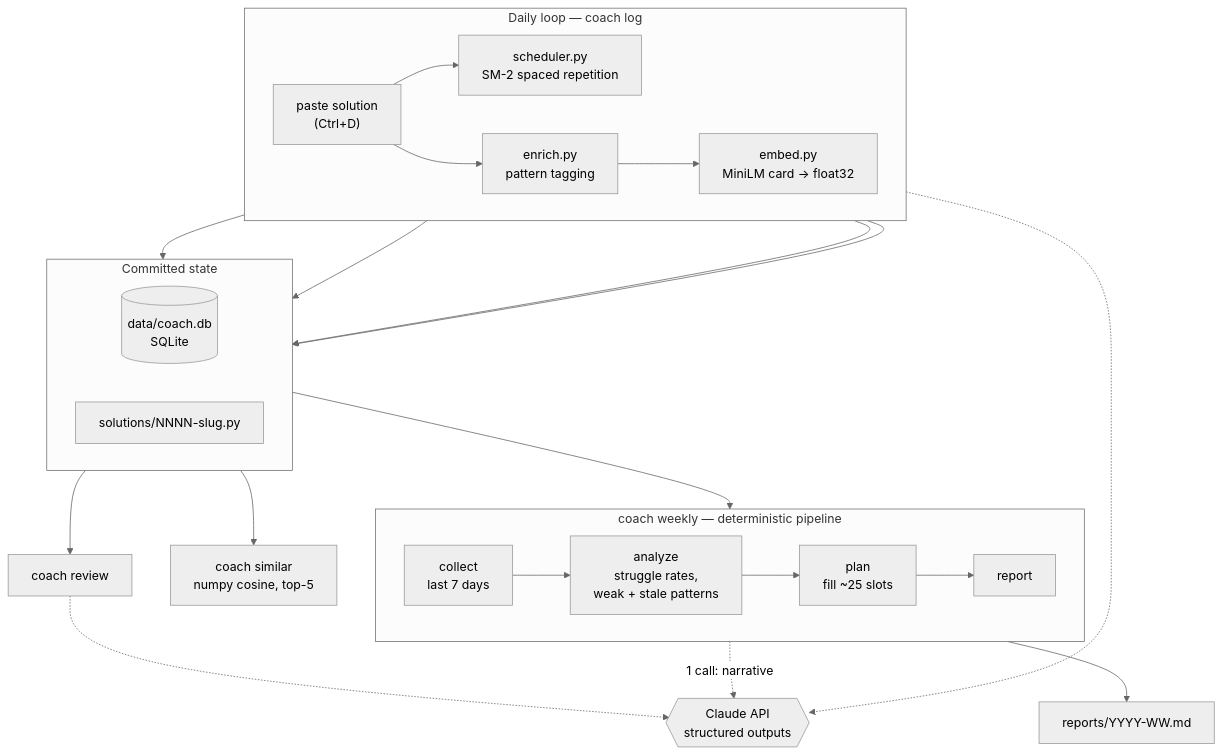
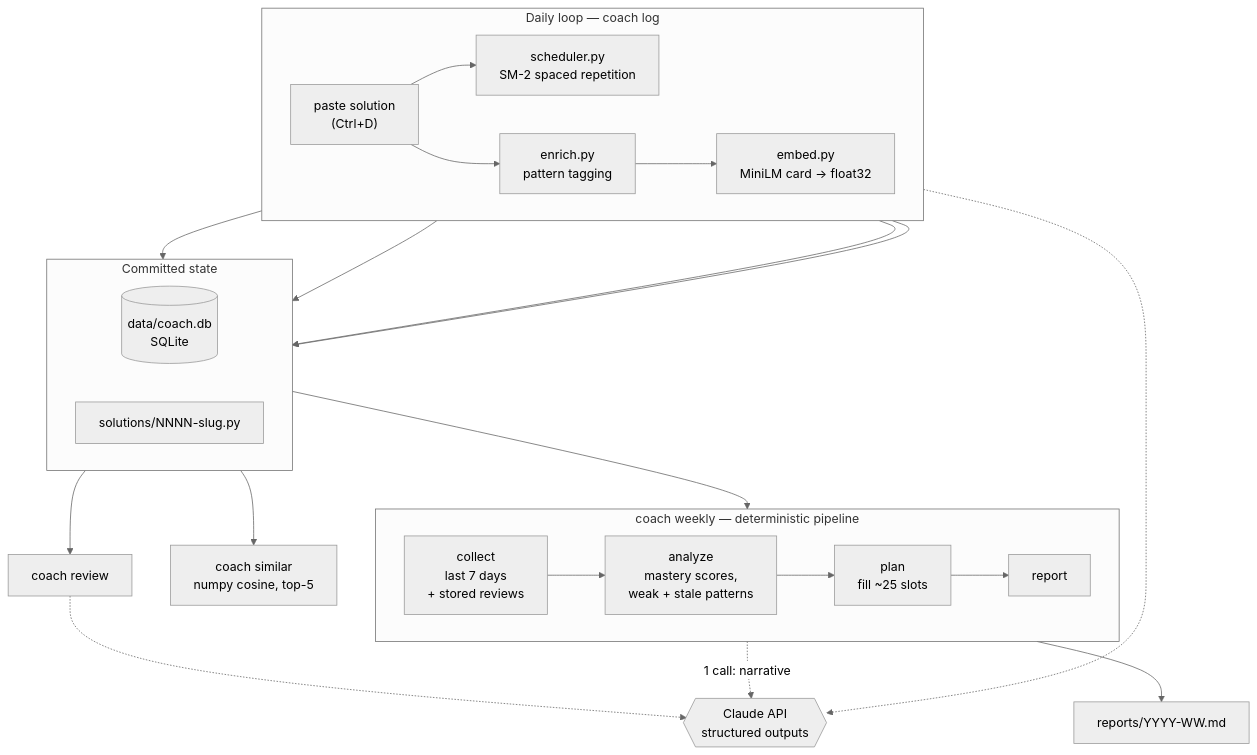
One commit to AvivE453/leetcode-coach changed the diagram in README.md. Above: the diagram before and after it, drawn with Mermaid (neutral theme). The commit also changed other lines of this file and 37 other files, not shown here.

First line of the commit message:
Add web UI, persisted reviews, and per-pattern mastery scoring

````diff
--- a/README.md
+++ b/README.md
@@ -18,36 +18,36 @@
 ```mermaid
 flowchart TB
     subgraph daily ["Daily loop — coach log"]
         direction LR
         paste["paste solution<br/>(Ctrl+D)"] --> sm2["scheduler.py<br/>SM-2 spaced repetition"]
         paste --> enr["enrich.py<br/>pattern tagging"]
         enr --> emb["embed.py<br/>MiniLM card → float32"]
     end
 
     subgraph state ["Committed state"]
         direction LR
         db[("data/coach.db<br/>SQLite")]
         files["solutions/NNNN-slug.py"]
     end
 
     subgraph weeklyp ["coach weekly — deterministic pipeline"]
         direction LR
-        c["collect<br/>last 7 days"] --> a["analyze<br/>struggle rates,<br/>weak + stale patterns"] --> p["plan<br/>fill ~25 slots"] --> r["report"]
+        c["collect<br/>last 7 days<br/>+ stored reviews"] --> a["analyze<br/>mastery scores,<br/>weak + stale patterns"] --> p["plan<br/>fill ~25 slots"] --> r["report"]
     end
 
     api{{"Claude API<br/>structured outputs"}}
 
     paste --> files
     sm2 --> db
     enr --> db
     emb --> db
     db --> c
     r --> md["reports/YYYY-WW.md"]
 
     enr -.-> api
     r -.->|"1 call: narrative"| api
 
     db --> sim["coach similar<br/>numpy cosine, top-5"]
     db --> rev["coach review"]
     rev -.-> api
 ```
````
